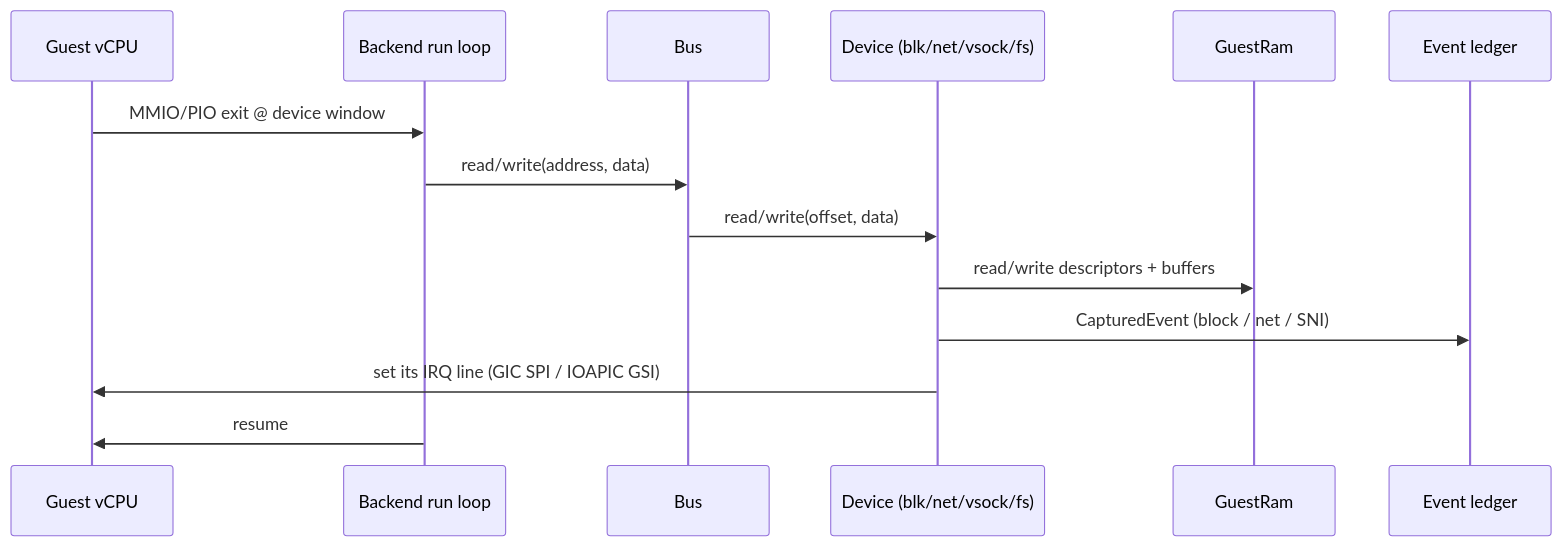
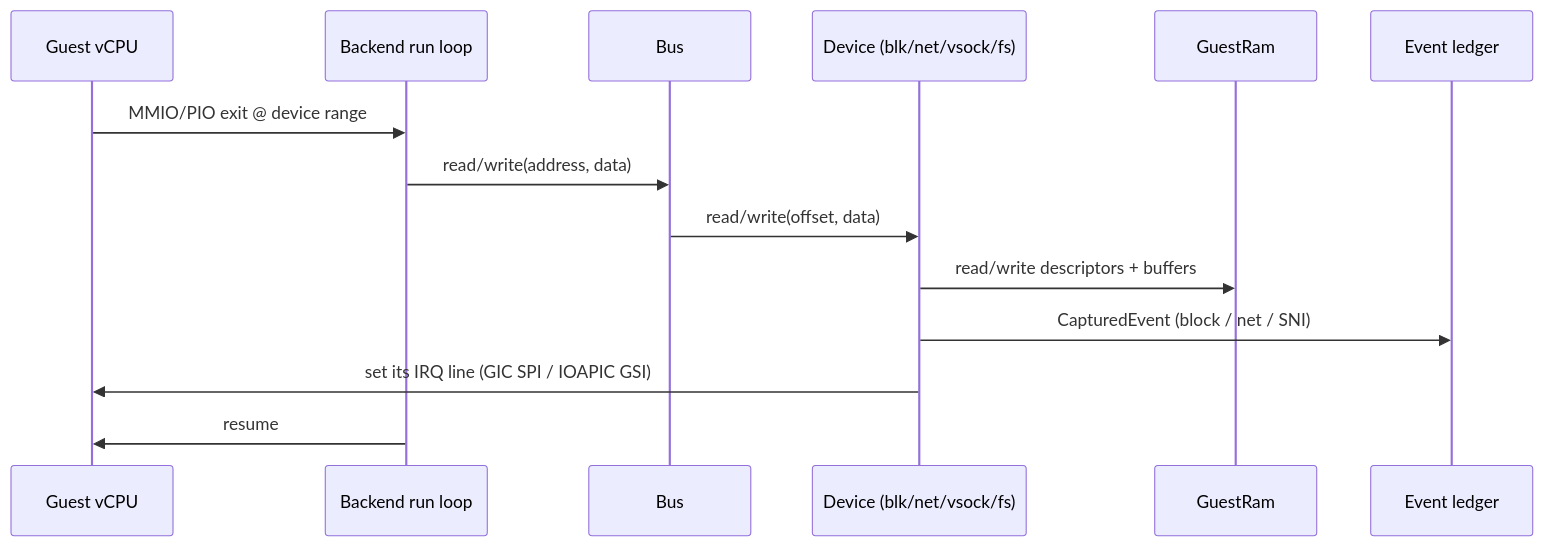
Before and after one commit to brig-sh/hvi-vmm: the fourth of 4 diagrams in docs/architecture.md, drawn with Mermaid. The commit also changed other lines of this file and 10 other files, not shown here.

First line of the commit message:
refactor: Call the addresses of one device its range

````diff
--- a/docs/architecture.md
+++ b/docs/architecture.md
@@ -337,16 +337,16 @@
 ```mermaid
 sequenceDiagram
     participant G as Guest vCPU
     participant B as Backend run loop
     participant R as Bus
     participant D as Device (blk/net/vsock/fs)
     participant M as GuestRam
     participant L as Event ledger
-    G->>B: MMIO/PIO exit @ device window
+    G->>B: MMIO/PIO exit @ device range
     B->>R: read/write(address, data)
     R->>D: read/write(offset, data)
     D->>M: read/write descriptors + buffers
     D->>L: CapturedEvent (block / net / SNI)
     D->>G: set its IRQ line (GIC SPI / IOAPIC GSI)
     B->>G: resume
 ```
````
